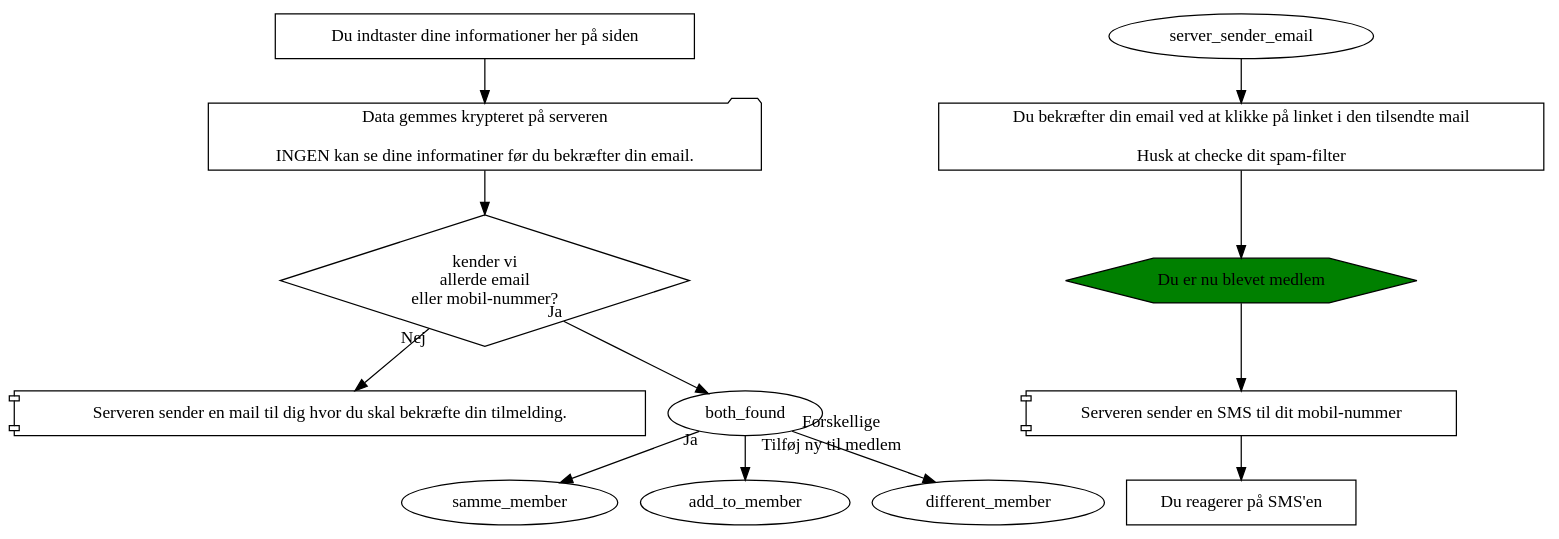
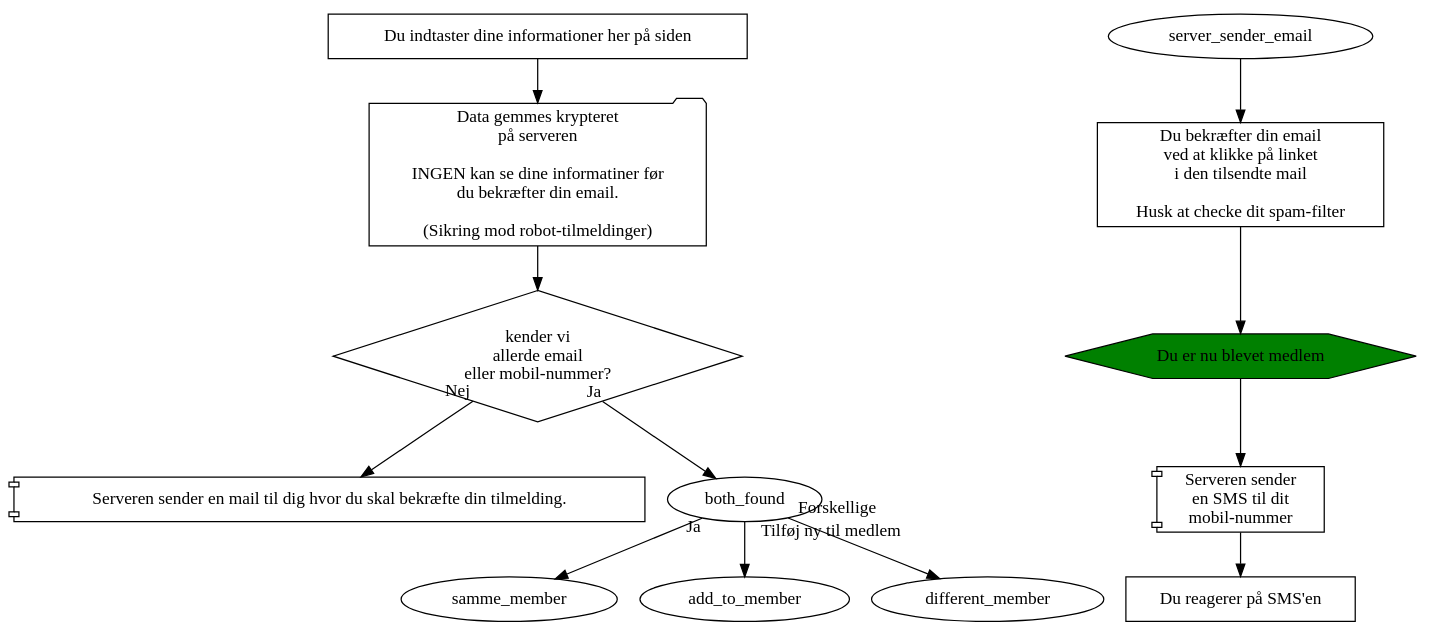
One commit to alslug/alslug.dk changed the diagram in medlemskab/indmeldelse.dot. Above: the diagram before and after it, drawn with Graphviz.

```diff
--- a/medlemskab/indmeldelse.dot
+++ b/medlemskab/indmeldelse.dot
@@ -1,17 +1,17 @@
 digraph indmeldelse {
   indtast                [shape=box       label="Du indtaster dine informationer her på siden"];
-  send_tilmelding        [shape=folder    label="Data gemmes krypteret på serveren\n\nINGEN kan se dine informatiner før du bekræfter din email."];
+  send_tilmelding        [shape=folder    label="Data gemmes krypteret\npå serveren\n\nINGEN kan se dine informatiner før\ndu bekræfter din email.\n\n(Sikring mod robot-tilmeldinger)"];
   findes_allerede        [shape=diamond   label="kender vi\nallerde email\neller mobil-nummer?"];
 
   server_sender_ny_email [shape=component label="Serveren sender en mail til dig hvor du skal bekræfte din tilmelding."];
-  confirm_email          [shape=box       label="Du bekræfter din email ved at klikke på linket i den tilsendte mail\n\nHusk at checke dit spam-filter"];
+  confirm_email          [shape=box       label="Du bekræfter din email\nved at klikke på linket\ni den tilsendte mail\n\nHusk at checke dit spam-filter"];
   du_biver_medlem        [shape=hexagon   label="Du er nu blevet medlem" style=filled fillcolor=green ];
-  server_sender_sms      [shape=component label="Serveren sender en SMS til dit mobil-nummer"];
+  server_sender_sms      [shape=component label="Serveren sender\nen SMS til dit\nmobil-nummer"];
   confirm_sms            [shape=box       label="Du reagerer på SMS'en"];
   
   indtast -> send_tilmelding -> findes_allerede;
                                 findes_allerede -> server_sender_ny_email [taillabel="Nej"];  server_sender_email -> confirm_email -> du_biver_medlem -> server_sender_sms -> confirm_sms;
                                 findes_allerede -> both_found             [taillabel="Ja"];   both_found -> samme_member     [taillabel="Ja"];
                                                                                               both_found -> add_to_member    [taillabel="Tilføj ny til medlem"]
                                                                                               both_found -> different_member [taillabel="Forskellige"];
 }
```
